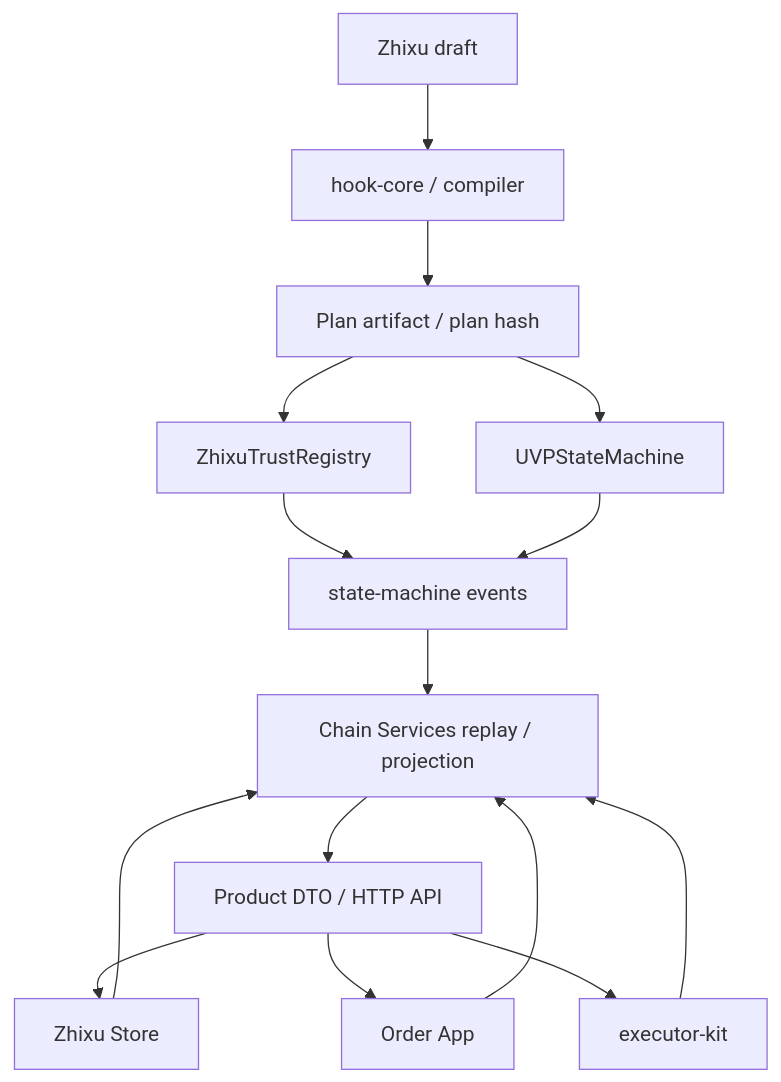
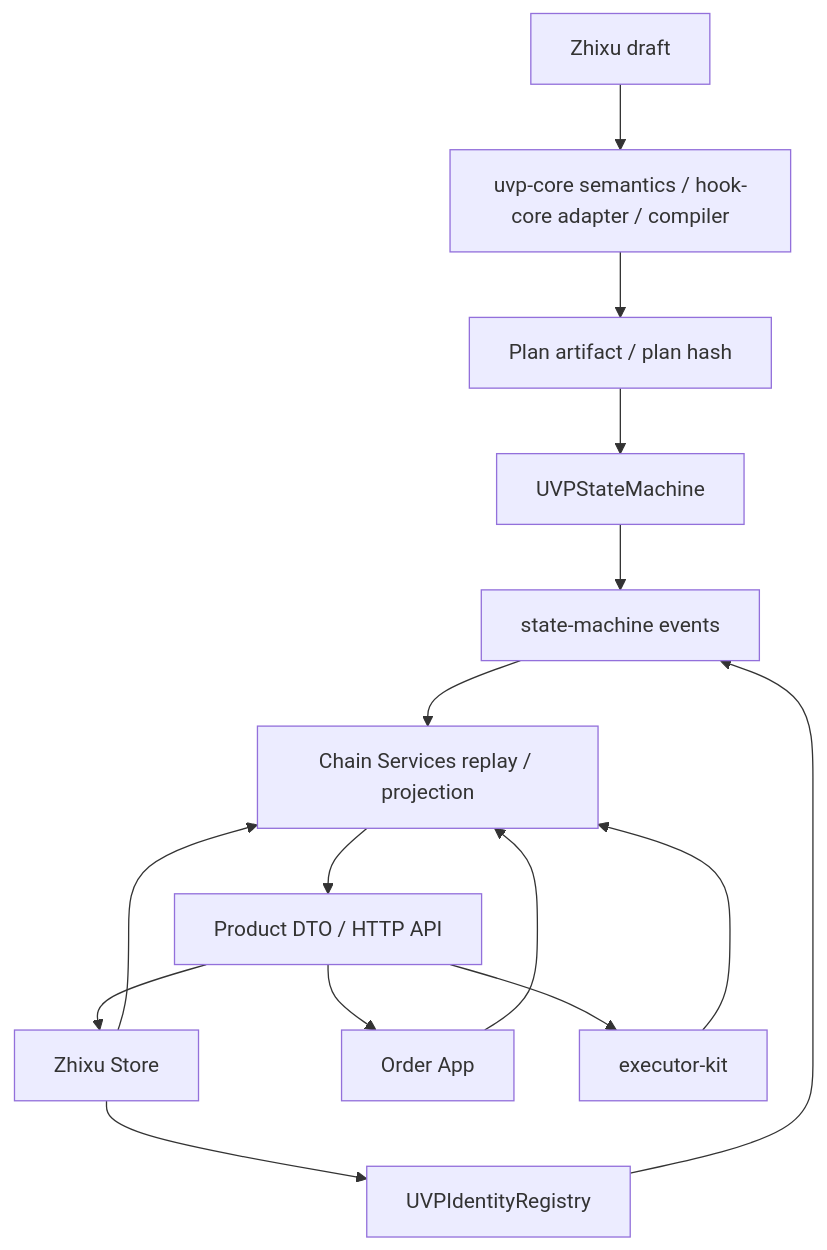
The first of 2 diagrams in wiki/concepts/architecture.md (conucleus/uvp-wiki), drawn with Mermaid before and after one commit. The commit also changed other lines of this file and 171 other files, not shown here.

First line of the commit message:
Document current registry and Store model (#14)

````diff
--- a/wiki/concepts/architecture.md
+++ b/wiki/concepts/architecture.md
@@ -5,17 +5,17 @@
 ```mermaid
 flowchart TD
-  Z["Zhixu draft"] --> HC["hook-core / compiler"]
+  Z["Zhixu draft"] --> HC["uvp-core semantics / hook-core adapter / compiler"]
   HC --> P["Plan artifact / plan hash"]
-  P --> TR["ZhixuTrustRegistry"]
+  Store --> IR["UVPIdentityRegistry"]
   P --> SM["UVPStateMachine"]
-  TR --> EV["registry events"]
+  IR --> EV["identity events"]
   SM --> EV["state-machine events"]
   EV --> CS["Chain Services replay / projection"]
   CS --> DTO["Product DTO / HTTP API"]
   DTO --> Store["Zhixu Store"]
   DTO --> OrderApp["Order App"]
   DTO --> Exec["executor-kit"]
   Store --> CS
   OrderApp --> CS
   Exec --> CS
 ```
````
